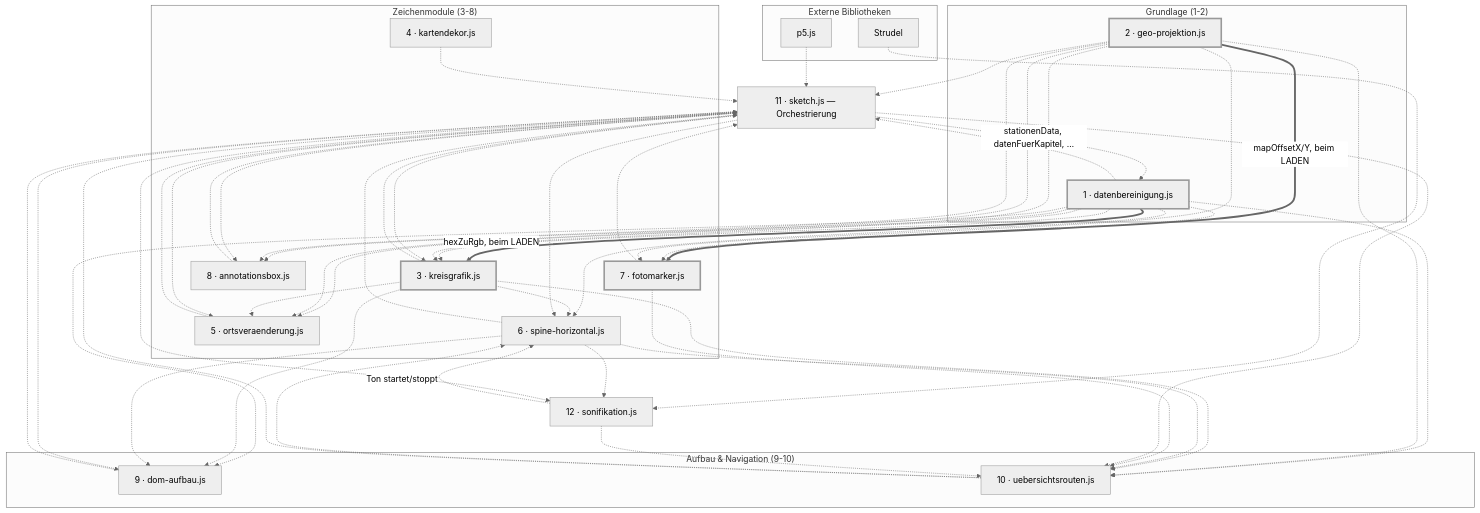
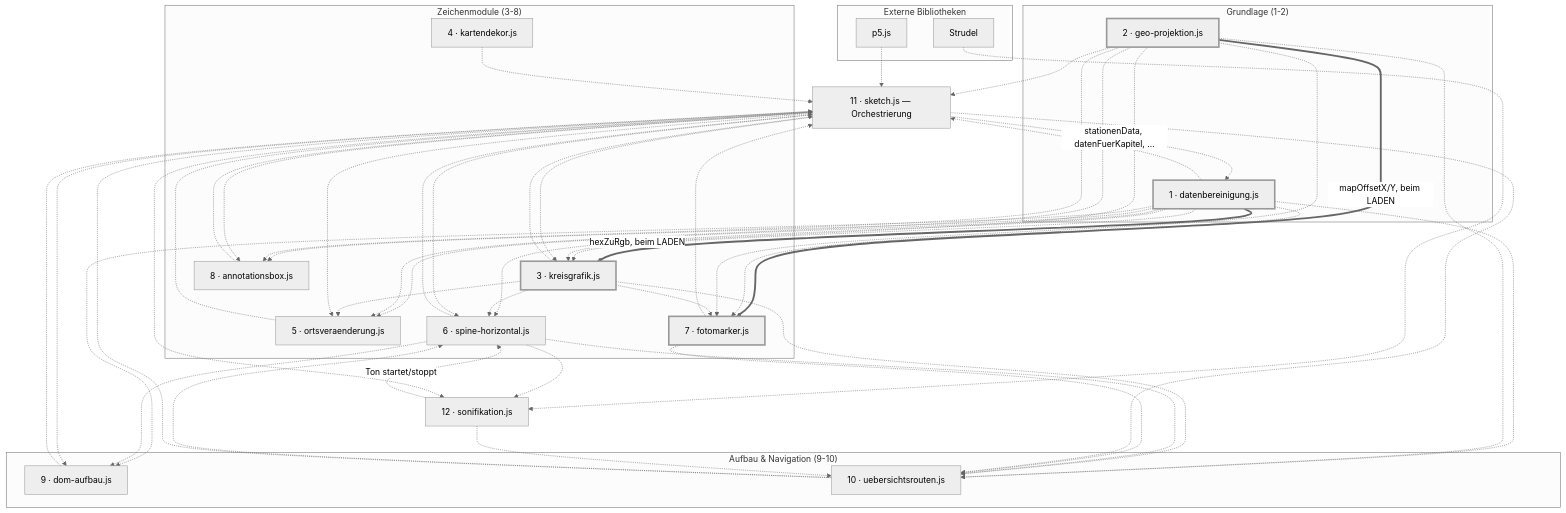
The first of 2 diagrams in docs/architektur.md (charis-arnold/bel-ami-v3), drawn with Mermaid (neutral theme) before and after one commit. The commit also changed other lines of this file and 6 other files, not shown here.

````diff
--- a/docs/architektur.md
+++ b/docs/architektur.md
@@ -155,54 +155,54 @@
 ```mermaid
 graph TD
     subgraph extern["Externe Bibliotheken"]
         P5["p5.js"]
         ST["Strudel"]
     end
 
     subgraph grundlage["Grundlage (1-2)"]
         DB["1 · datenbereinigung.js"]
         GEO["2 · geo-projektion.js"]
     end
 
     subgraph zeichnen["Zeichenmodule (3-8)"]
         KG["3 · kreisgrafik.js"]
         KD["4 · kartendekor.js"]
         OV["5 · ortsveraenderung.js"]
         SH["6 · spine-horizontal.js"]
         FM["7 · fotomarker.js"]
         AB["8 · annotationsbox.js"]
     end
 
     subgraph aufbau["Aufbau & Navigation (9-10)"]
         DOM["9 · dom-aufbau.js"]
         UR["10 · uebersichtsrouten.js"]
     end
 
     SK["11 · sketch.js — Orchestrierung"]
     SO["12 · sonifikation.js"]
 
     DB ==>|"hexZuRgb, beim LADEN"| KG
     GEO ==>|"mapOffsetX/Y, beim LADEN"| FM
 
     P5 -.-> SK
     ST -.-> SO
 
     DB -.-> KG & OV & SH & FM & AB & DOM & UR & SK
     GEO -.-> KG & OV & FM & AB & UR & SK
-    KG -.-> OV & SH & DOM & UR & SK
+    KG -.-> OV & SH & FM & UR & SK
     KD -.-> SK
     OV -.-> SK
     SH -.-> DOM & UR & SK & SO
     FM -.-> UR & SK
     AB -.-> SK
     DOM -.-> SK
     UR -.-> SH & SK
 
     SK -.->|"stationenData, datenFuerKapitel, …"| DB
     SK -.-> KG & OV & SH & AB & DOM & UR & SO
     SO -.->|"Ton startet/stoppt"| SH
     SO -.-> UR
 
     classDef ladezeit stroke-width:3px
     class DB,GEO,KG,FM ladezeit
 ```
````
